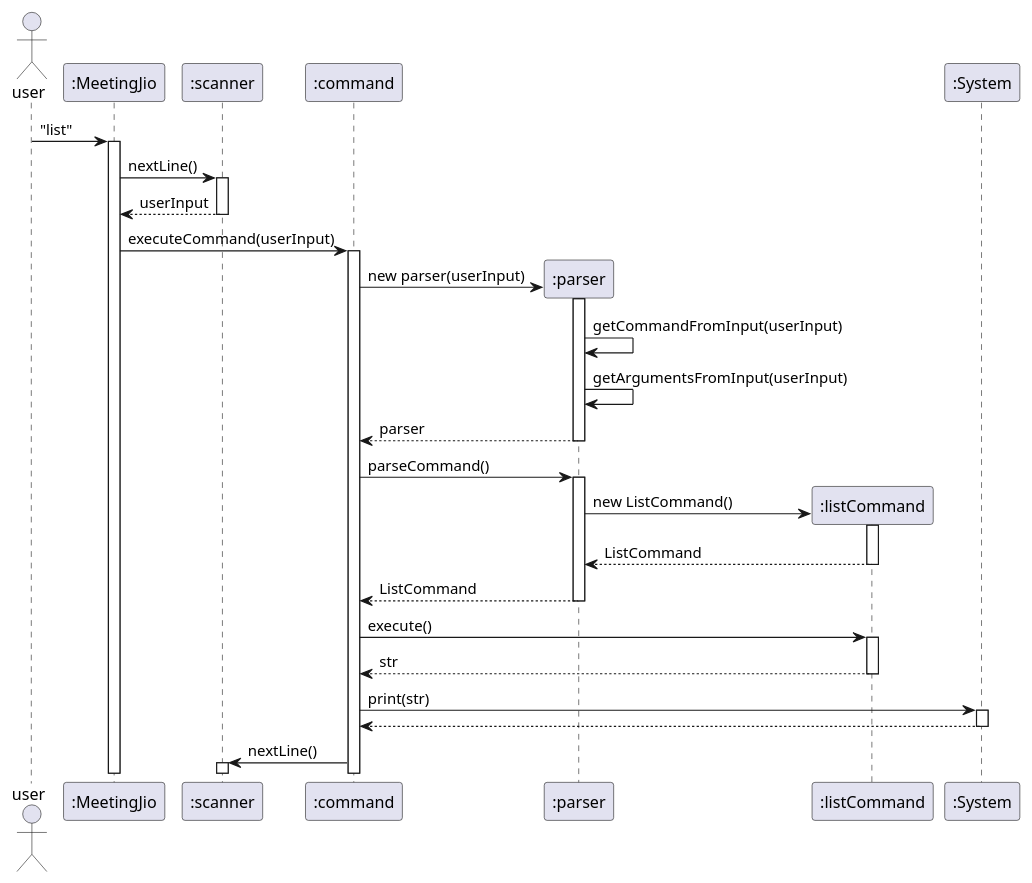
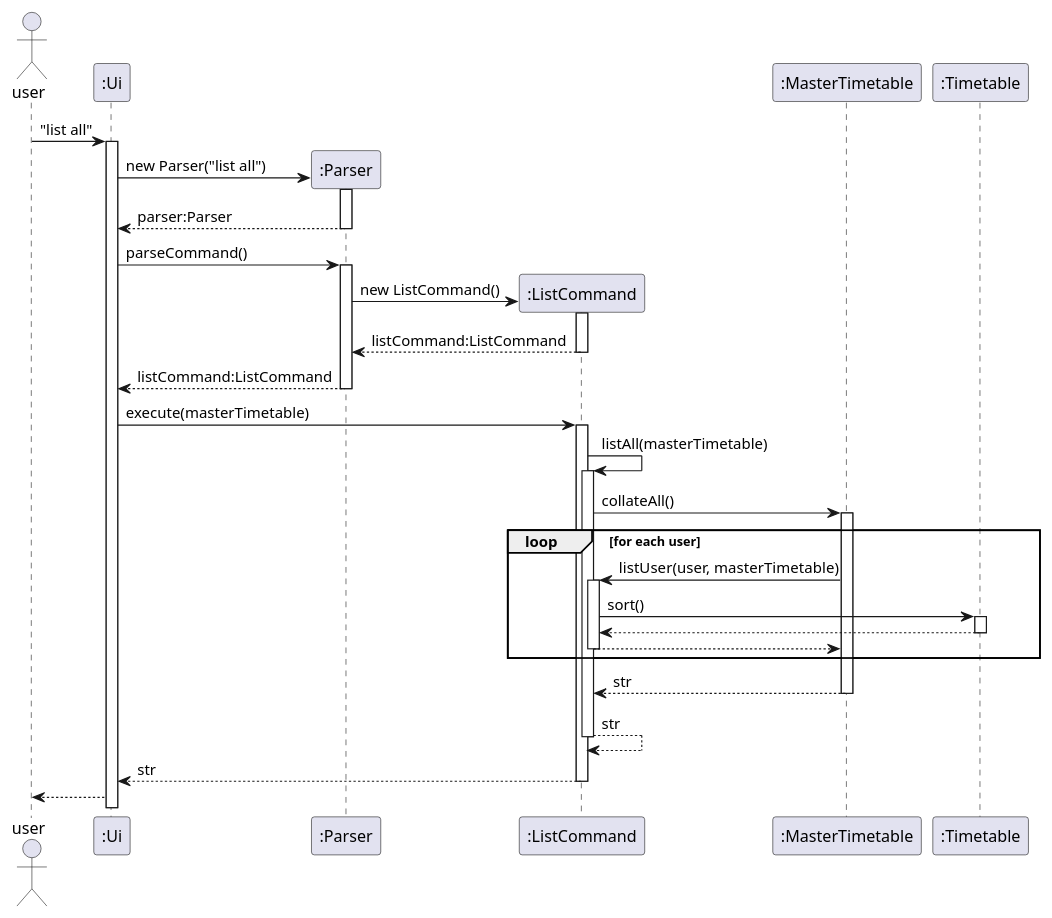
Before and after one commit to nus-cs2113-AY2122S2/tp: the diagram in docs/diagrams/ListCommandSequenceDiagram.puml, drawn with PlantUML. The commit also changed other lines of this file and 1 other file, not shown here.

Commit message:
Modify UML sequence diagram for list command

```diff
--- a/docs/diagrams/ListCommandSequenceDiagram.puml
+++ b/docs/diagrams/ListCommandSequenceDiagram.puml
@@ -1,23 +1,26 @@
 @startuml
 actor user
 
-user -> ":MeetingJio" ++ : "list"
-":MeetingJio" -> ":scanner" ++: nextLine()
-":scanner" --> ":MeetingJio" --: userInput
-":MeetingJio" -> ":command" ++: executeCommand(userInput)
-create ":parser"
-":command" -> ":parser" ++: new parser(userInput)
-":parser" -> ":parser" : getCommandFromInput(userInput)
-":parser" -> ":parser" : getArgumentsFromInput(userInput)
-":parser" --> ":command" --: parser
-":command" -> ":parser" ++: parseCommand()
-create ":listCommand"
-":parser" -> ":listCommand" ++: new ListCommand()
-":listCommand" --> ":parser" --: ListCommand
-":parser" --> ":command" --: ListCommand
-":command" -> ":listCommand" ++: execute()
-":listCommand" --> ":command" --: str
-":command" -> ":System" ++: print(str)
-":System" --> ":command" --:
-":command" -> ":scanner"++ : nextLine()
+user -> ":Ui" ++ : "list all"
+create ":Parser"
+":Ui" -> ":Parser" ++: new Parser("list all")
+":Parser" --> ":Ui" --: parser:Parser
+":Ui" -> ":Parser" ++: parseCommand()
+create ":ListCommand"
+":Parser" -> ":ListCommand" ++: new ListCommand()
+":ListCommand" --> ":Parser" --: listCommand:ListCommand
+":Parser" --> ":Ui" --: listCommand:ListCommand
+":Ui" -> ":ListCommand" ++: execute(masterTimetable)
+":ListCommand" -> ":ListCommand"++: listAll(masterTimetable)
+":ListCommand" -> ":MasterTimetable" ++: collateAll()
+loop for each user
+":MasterTimetable" -> ":ListCommand" ++: listUser(user, masterTimetable)
+":ListCommand" -> ":Timetable" ++: sort()
+":Timetable" --> ":ListCommand" --
+":ListCommand" --> ":MasterTimetable" --
+end
+":MasterTimetable" --> ":ListCommand" --: str
+":ListCommand" --> ":ListCommand" --: str
+":ListCommand" --> ":Ui" --: str
+":Ui" --> user
 @enduml
```
